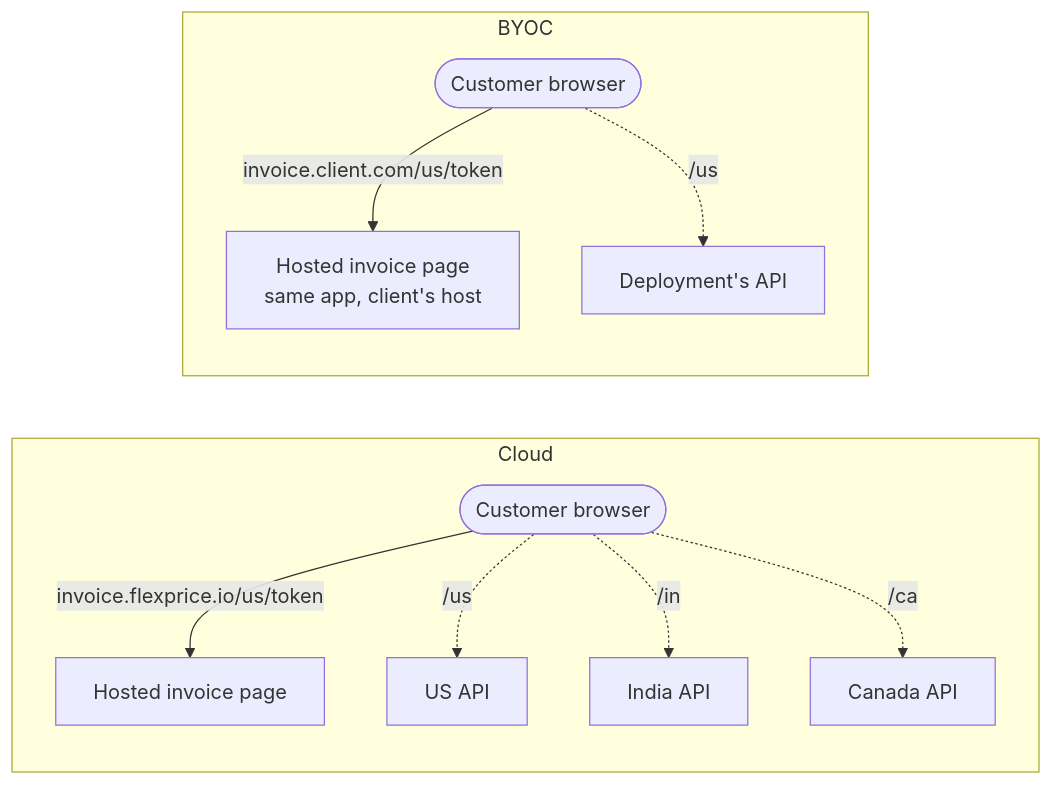
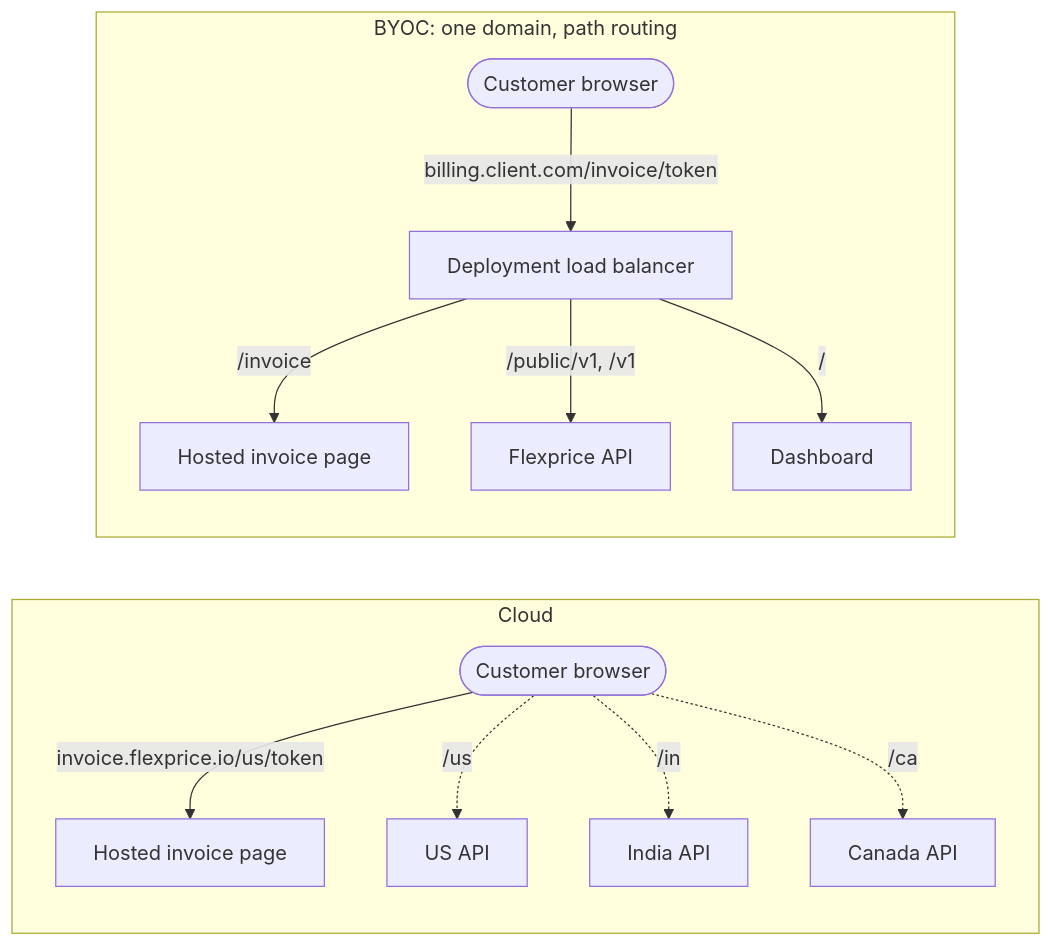
One commit to flexprice/flexprice changed the fifth of 5 diagrams in docs/design/2026-10-14-hosted-invoice-erd.md. Above: the diagram before and after it, drawn with Mermaid. The commit also changed other lines of this file and 1 other file, not shown here.

First line of the commit message:
docs: hosted invoice BYOC serves the page under /invoice on the deployment's domain

````diff
--- a/docs/design/2026-10-14-hosted-invoice-erd.md
+++ b/docs/design/2026-10-14-hosted-invoice-erd.md
@@ -481,13 +482,15 @@
 ```mermaid
 flowchart LR
   subgraph CLOUD[Cloud]
     CC([Customer browser]) -->|invoice.flexprice.io/us/token| CP[Hosted invoice page]
     CC -.->|/us| CUS[US API]
     CC -.->|/in| CIN[India API]
     CC -.->|/ca| CCA[Canada API]
   end
-  subgraph BYOC[BYOC]
-    BC([Customer browser]) -->|invoice.client.com/us/token| BP[Hosted invoice page<br/>same app, client's host]
-    BC -.->|/us| BA[Deployment's API]
+  subgraph BYOC[BYOC: one domain, path routing]
+    BC([Customer browser]) -->|billing.client.com/invoice/token| LB[Deployment load balancer]
+    LB -->|/invoice| BP[Hosted invoice page]
+    LB -->|/public/v1, /v1| BA[Flexprice API]
+    LB -->|/| BD[Dashboard]
   end
 ```
````
